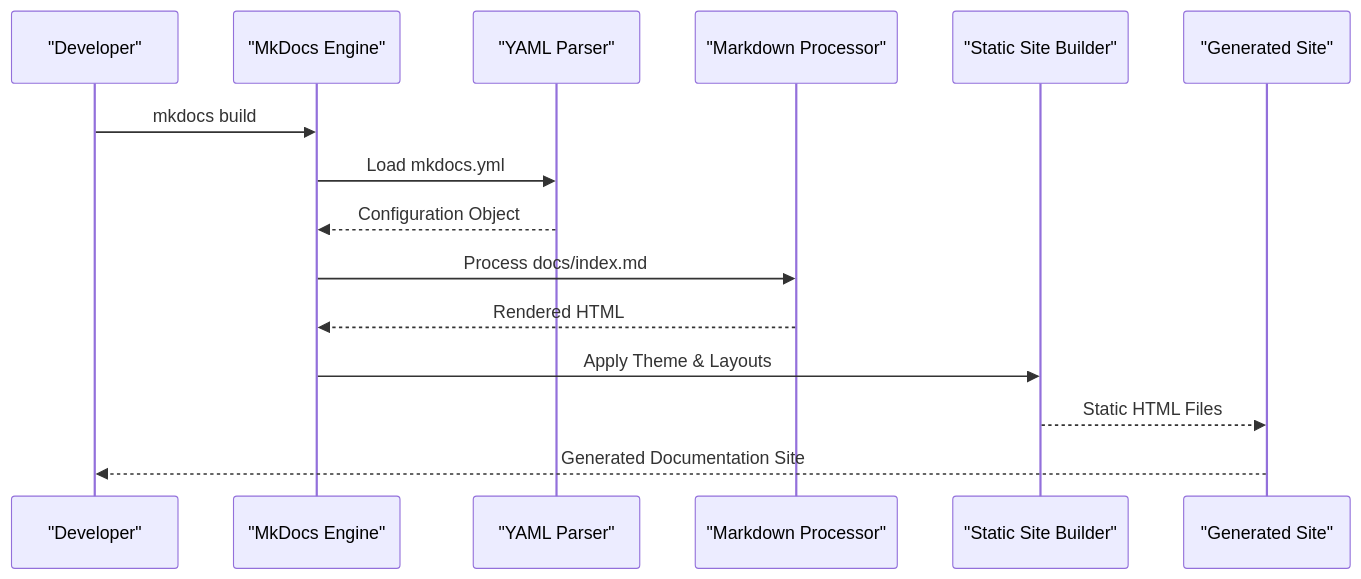
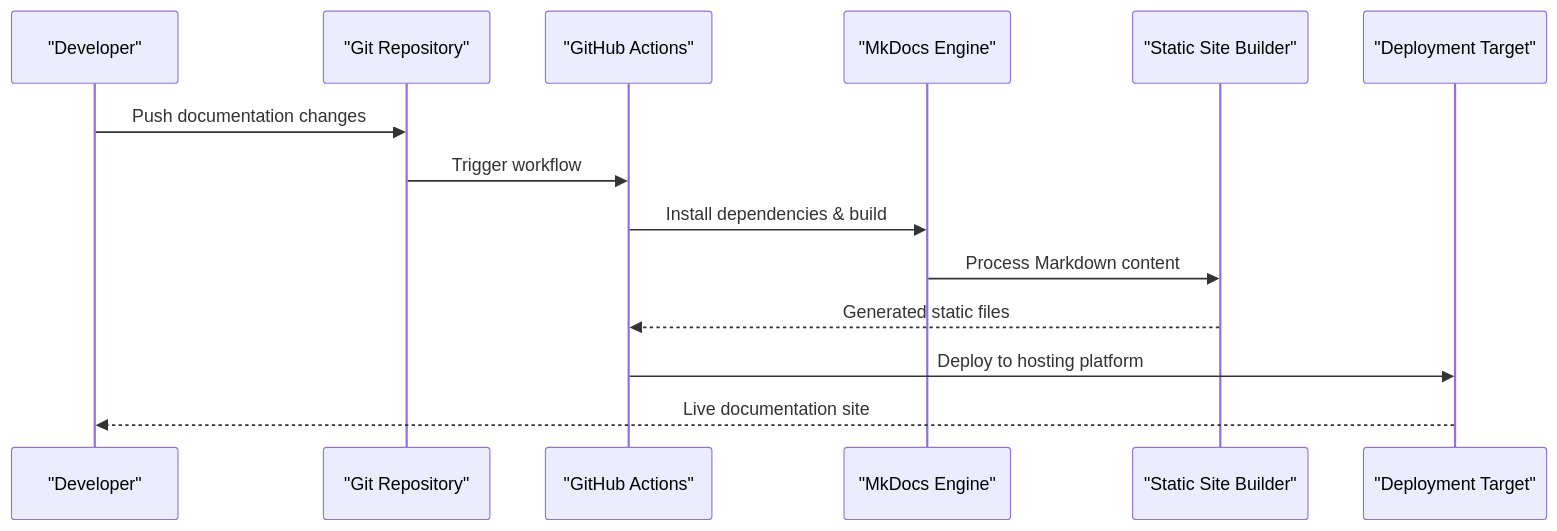
The second of 4 diagrams in .qoder/repowiki/en/content/Project Overview.md (UltraOptiMega/UltraOptiMega.github.io), drawn with Mermaid before and after one commit. The commit also changed other lines of this file and 6 other files, not shown here.

````diff
--- a/.qoder/repowiki/en/content/Project Overview.md
+++ b/.qoder/repowiki/en/content/Project Overview.md
@@ -86,17 +105,16 @@
 ```mermaid
 sequenceDiagram
 participant Dev as "Developer"
+participant Git as "Git Repository"
+participant GHActions as "GitHub Actions"
 participant MkDocs as "MkDocs Engine"
-participant Config as "YAML Parser"
-participant Processor as "Markdown Processor"
 participant Builder as "Static Site Builder"
-participant Output as "Generated Site"
-Dev->>MkDocs : mkdocs build
-MkDocs->>Config : Load mkdocs.yml
-Config-->>MkDocs : Configuration Object
-MkDocs->>Processor : Process docs/index.md
-Processor-->>MkDocs : Rendered HTML
-MkDocs->>Builder : Apply Theme & Layouts
-Builder-->>Output : Static HTML Files
-Output-->>Dev : Generated Documentation Site
+participant CDN as "Deployment Target"
+Dev->>Git : Push documentation changes
+Git->>GHActions : Trigger workflow
+GHActions->>MkDocs : Install dependencies & build
+MkDocs->>Builder : Process Markdown content
+Builder-->>GHActions : Generated static files
+GHActions->>CDN : Deploy to hosting platform
+CDN-->>Dev : Live documentation site
 ```
````
